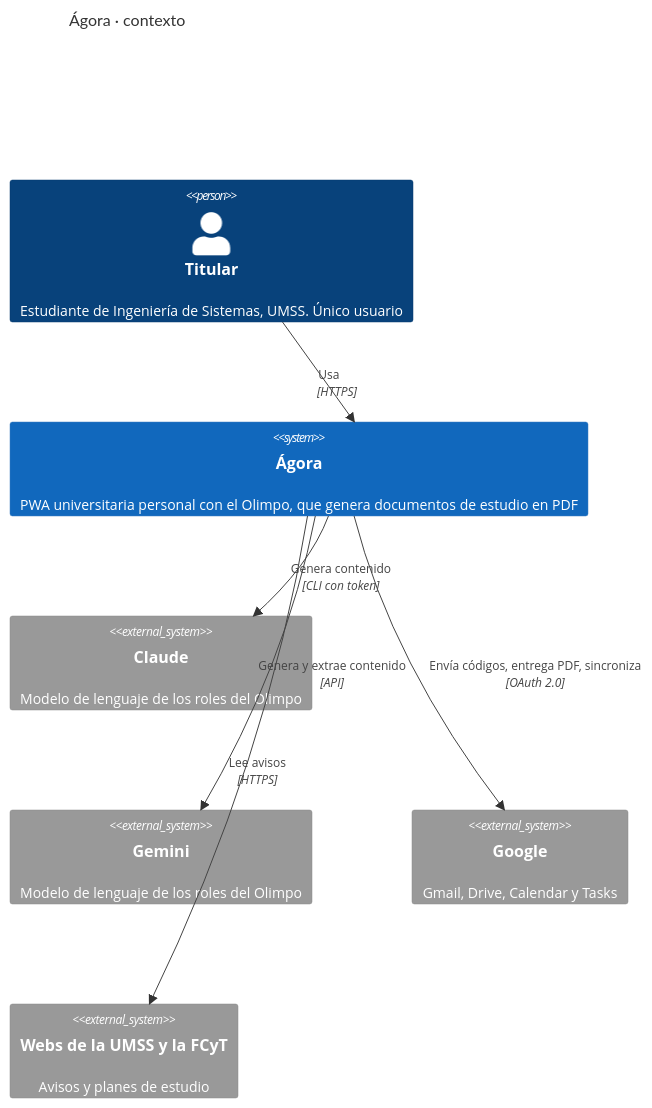
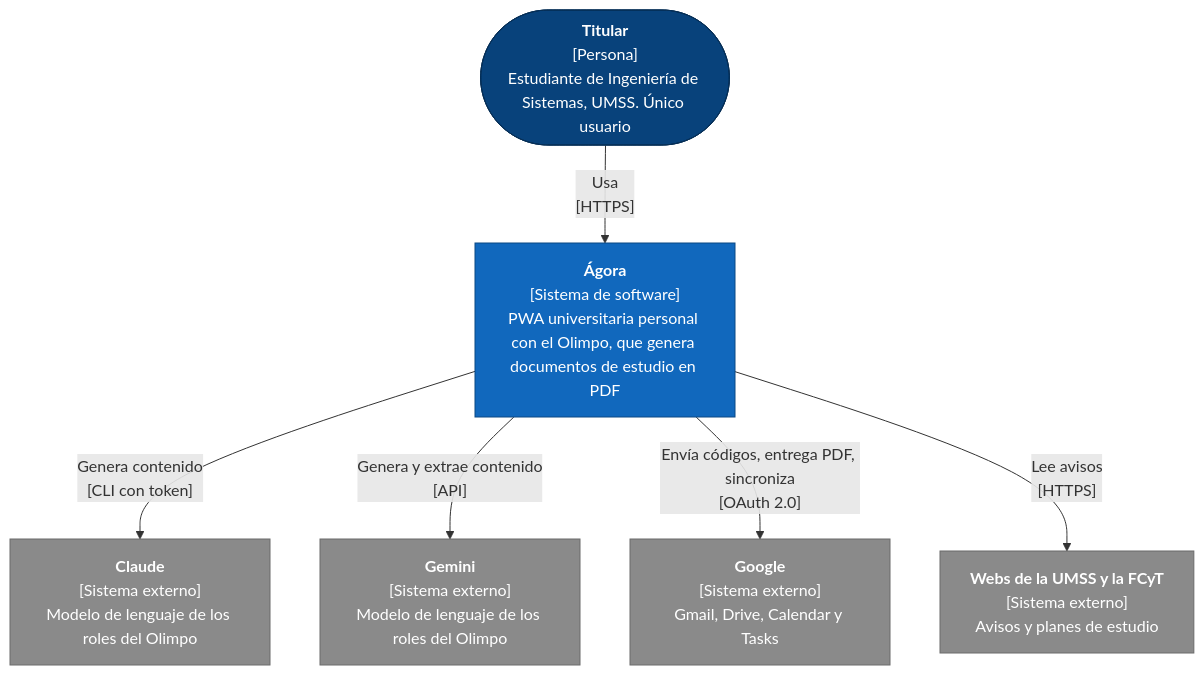
One commit to dpardo23/agora changed the first of 2 diagrams in docs/arquitectura/README.md. Above: the diagram before and after it, drawn with Mermaid. The commit also changed other lines of this file and 3 other files, not shown here.

First line of the commit message:
docs(adr): hace legibles los diagramas C4 y el mapa de datos (#28)

````diff
--- a/docs/arquitectura/README.md
+++ b/docs/arquitectura/README.md
@@ -56,16 +56,19 @@
 ```mermaid
-C4Context
-  title Ágora · contexto
-  Person(titular, "Titular", "Estudiante de Ingeniería de Sistemas, UMSS. Único usuario")
-  System(agora, "Ágora", "PWA universitaria personal con el Olimpo, que genera documentos de estudio en PDF")
-  System_Ext(claude, "Claude", "Modelo de lenguaje de los roles del Olimpo")
-  System_Ext(gemini, "Gemini", "Modelo de lenguaje de los roles del Olimpo")
-  System_Ext(google, "Google", "Gmail, Drive, Calendar y Tasks")
-  System_Ext(umss, "Webs de la UMSS y la FCyT", "Avisos y planes de estudio")
-  Rel(titular, agora, "Usa", "HTTPS")
-  Rel(agora, claude, "Genera contenido", "CLI con token")
-  Rel(agora, gemini, "Genera y extrae contenido", "API")
-  Rel(agora, google, "Envía códigos, entrega PDF, sincroniza", "OAuth 2.0")
-  Rel(agora, umss, "Lee avisos", "HTTPS")
-  UpdateLayoutConfig($c4ShapeInRow="3", $c4BoundaryInRow="1")
+flowchart TB
+  titular(["<b>Titular</b><br/>[Persona]<br/>Estudiante de Ingeniería de Sistemas, UMSS. Único usuario"]):::persona
+  agora["<b>Ágora</b><br/>[Sistema de software]<br/>PWA universitaria personal con el Olimpo, que genera documentos de estudio en PDF"]:::sistema
+  claude["<b>Claude</b><br/>[Sistema externo]<br/>Modelo de lenguaje de los roles del Olimpo"]:::externo
+  gemini["<b>Gemini</b><br/>[Sistema externo]<br/>Modelo de lenguaje de los roles del Olimpo"]:::externo
+  google["<b>Google</b><br/>[Sistema externo]<br/>Gmail, Drive, Calendar y Tasks"]:::externo
+  umss["<b>Webs de la UMSS y la FCyT</b><br/>[Sistema externo]<br/>Avisos y planes de estudio"]:::externo
+  titular -- "Usa<br/>[HTTPS]" --> agora
+  agora -- "Genera contenido<br/>[CLI con token]" --> claude
+  agora -- "Genera y extrae contenido<br/>[API]" --> gemini
+  agora -- "Envía códigos, entrega PDF, sincroniza<br/>[OAuth 2.0]" --> google
+  agora -- "Lee avisos<br/>[HTTPS]" --> umss
+  classDef persona fill:#08427b,stroke:#052e56,color:#ffffff
+  classDef sistema fill:#1168bd,stroke:#0b4884,color:#ffffff
+  classDef contenedor fill:#438dd5,stroke:#2e6295,color:#ffffff
+  classDef componente fill:#85bbf0,stroke:#5d82a8,color:#0b0b0b
+  classDef externo fill:#8a8a8a,stroke:#6b6b6b,color:#ffffff
 ```
````
